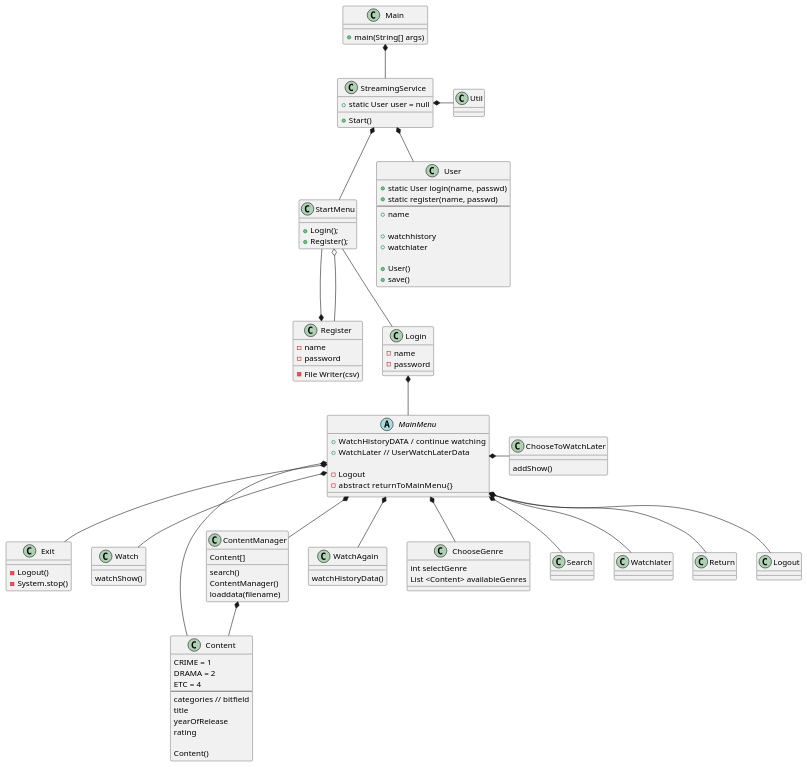
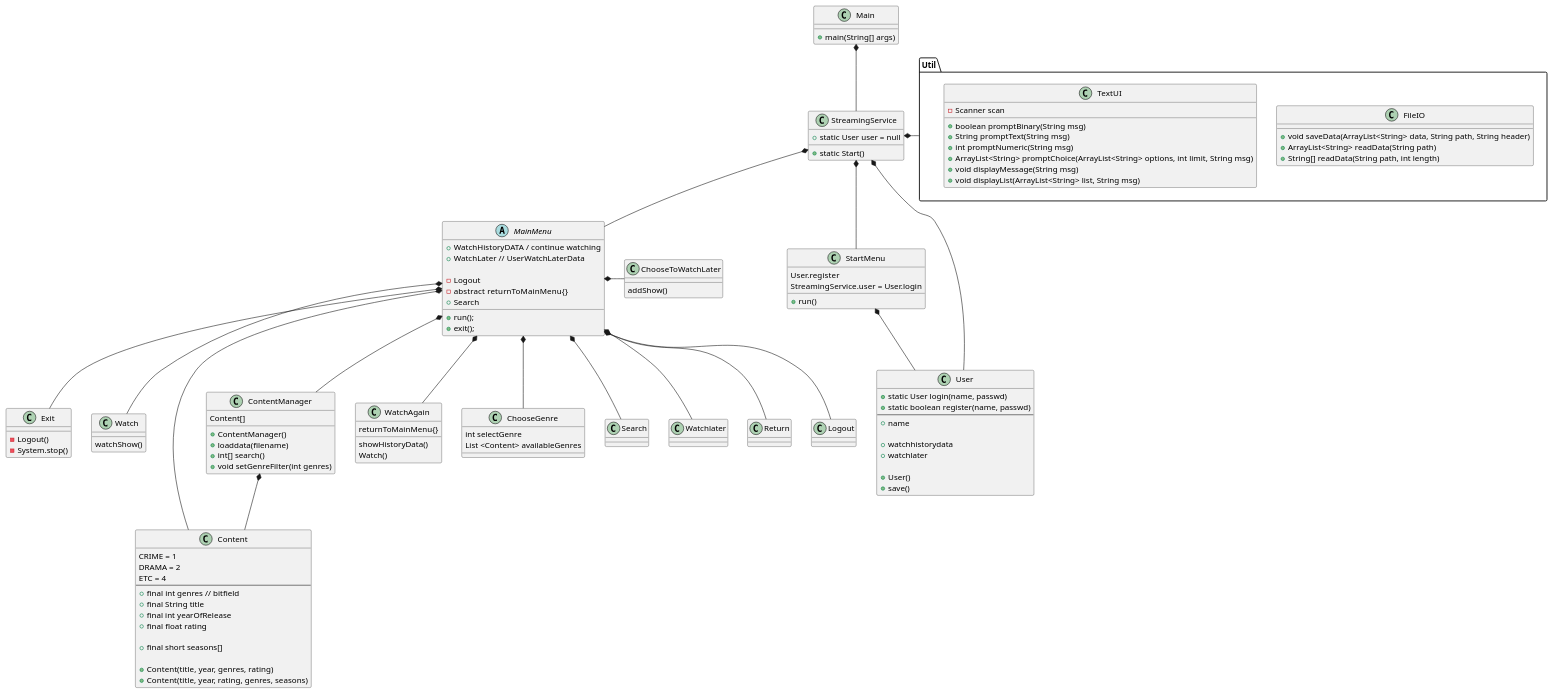
The diagram in streamingTjeneste/diagrams/ClassDiagram_V1.puml (olivermjmj/SP3_streamingTjeneste), drawn with PlantUML before and after one commit.

Commit message:
Changing the ClassDiagram

```diff
--- a/streamingTjeneste/diagrams/ClassDiagram_V1.puml
+++ b/streamingTjeneste/diagrams/ClassDiagram_V1.puml
@@ -1,120 +1,137 @@
 @startuml
 'https://plantuml.com/class-diagram
 
 class Main {
     + main(String[] args)
 }
 
 class Exit {
     - Logout()
     - System.stop()
 
 }
 
 class StreamingService {
     + static User user = null
-    + Start()
+    + static Start()
 }
 
 class StartMenu {
-    + Login();
-    + Register();
+    User.register
+    StreamingService.user = User.login
+    + run()
 }
 
-class Register {
-    - name
-    - password
-    - File Writer(csv)
-}
-
-class Login{
-    - name
-    - password
-}
 
 class Watch {
     watchShow()
 
 }
 
 abstract class MainMenu{
 
 
     + WatchHistoryDATA / continue watching
     + WatchLater // UserWatchLaterData
 
     - Logout
     - abstract  returnToMainMenu{}
+    + Search
+    + run();
+    + exit();
 }
 
 class User {
     + static User login(name, passwd)
-    + static register(name, passwd)
+    + static boolean register(name, passwd)
     ---
     + name
 
-    + watchhistory
+    + watchhistorydata
     + watchlater
 
     + User()
     + save()
 }
 
 class Content {
     CRIME = 1
     DRAMA = 2
     ETC = 4
     ---
-    categories // bitfield
-    title
-    yearOfRelease
-    rating
+    + final int genres // bitfield
+    + final String title
+    + final int yearOfRelease
+    + final float rating
 
-    Content()
+    + final short seasons[]
+
+    + Content(title, year, genres, rating)
+    + Content(title, year, rating, genres, seasons)
 }
 
 class ContentManager {
     Content[]
-    search()
-    ContentManager()
-    loaddata(filename)
+
+    + ContentManager()
+    + loaddata(filename)
+    + int[] search()
+    + void setGenreFilter(int genres)
 }
 
 class ChooseToWatchLater {
     addShow()
 }
 
 class WatchAgain {
-    watchHistoryData()
-
+    showHistoryData()
+    Watch()
+    returnToMainMenu{}
 }
 
 class ChooseGenre {
     int selectGenre
     List <Content> availableGenres
 }
 
+
+package "Util" {
+    class FileIO {
+    + void saveData(ArrayList<String> data, String path, String header)
+    + ArrayList<String> readData(String path)
+    + String[] readData(String path, int length)
+    }
+    class TextUI {
+    - Scanner scan
+    + boolean promptBinary(String msg)
+    + String promptText(String msg)
+    + int promptNumeric(String msg)
+    + ArrayList<String> promptChoice(ArrayList<String> options, int limit, String msg)
+    + void displayMessage(String msg)
+    + void displayList(ArrayList<String> list, String msg)
+    }
+}
+
 StreamingService *-- User
 Main *-- StreamingService
 StreamingService *-- StartMenu
-StartMenu --* Register
-StartMenu o-- Register
-StartMenu -- Login
+StreamingService *-- MainMenu
 
-Login *-- MainMenu
+StartMenu *-- User
+
 MainMenu *-- Search
 MainMenu *-- Content
 MainMenu *-- ContentManager
 ContentManager *-- Content
 MainMenu *-- Watchlater
 MainMenu *-- WatchAgain
 MainMenu *--ChooseGenre
 
 MainMenu *- ChooseToWatchLater
 MainMenu *-- Watch
 MainMenu *-- Return
 MainMenu *-- Exit
 MainMenu *-- Logout
 StreamingService *- Util
 
 @enduml
```
